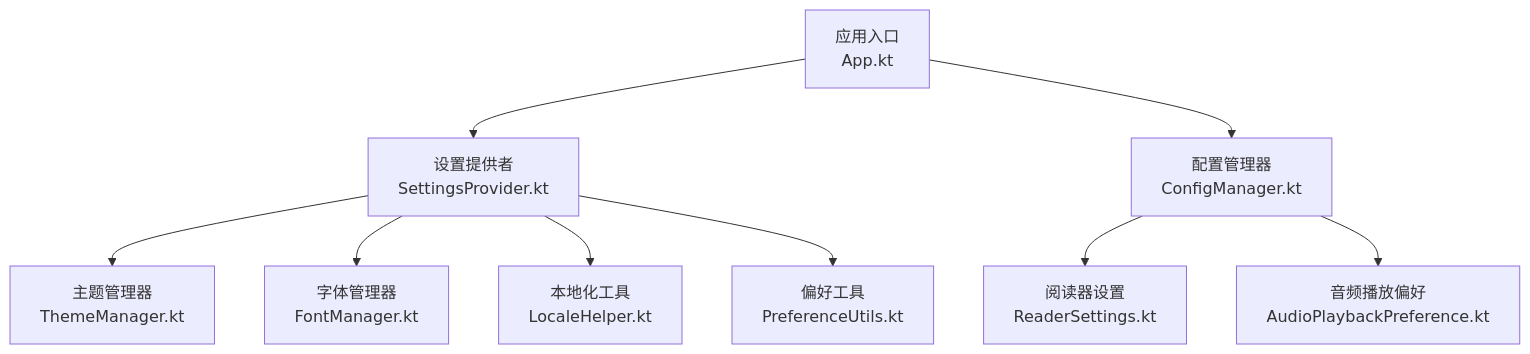
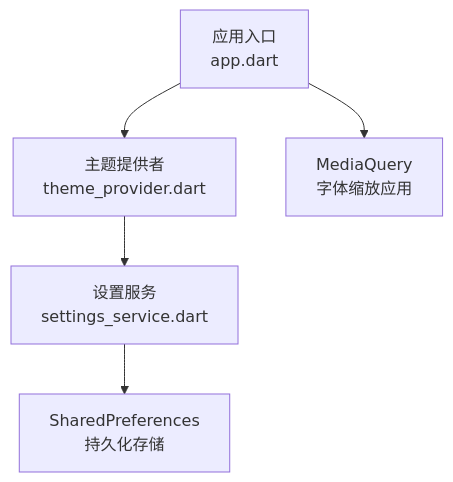
Before and after one commit to ZhangGHGitHub/LegadoTeamFlutter: the first of 6 diagrams in .qoder/repowiki/zh/content/Flutter跨平台应用/状态管理/设置Provider.md, drawn with Mermaid. The commit also changed other lines of this file and 173 other files, not shown here.

````diff
--- a/.qoder/repowiki/zh/content/Flutter跨平台应用/状态管理/设置Provider.md
+++ b/.qoder/repowiki/zh/content/Flutter跨平台应用/状态管理/设置Provider.md
@@ -45,11 +47,7 @@
 ```mermaid
 graph TB
-App["应用入口<br/>App.kt"] --> Settings["设置提供者<br/>SettingsProvider.kt"]
-App --> ConfigMgr["配置管理器<br/>ConfigManager.kt"]
-ConfigMgr --> ReaderSet["阅读器设置<br/>ReaderSettings.kt"]
-ConfigMgr --> AudioPref["音频播放偏好<br/>AudioPlaybackPreference.kt"]
-Settings --> ThemeMgr["主题管理器<br/>ThemeManager.kt"]
-Settings --> FontMgr["字体管理器<br/>FontManager.kt"]
-Settings --> LocaleH["本地化工具<br/>LocaleHelper.kt"]
-Settings --> PrefUtil["偏好工具<br/>PreferenceUtils.kt"]
+App["应用入口<br/>app.dart"] --> ThemeProvider["主题提供者<br/>theme_provider.dart"]
+ThemeProvider --> SettingsService["设置服务<br/>settings_service.dart"]
+SettingsService --> SharedPreferences["SharedPreferences<br/>持久化存储"]
+App --> MediaQuery["MediaQuery<br/>字体缩放应用"]
 ```
````
